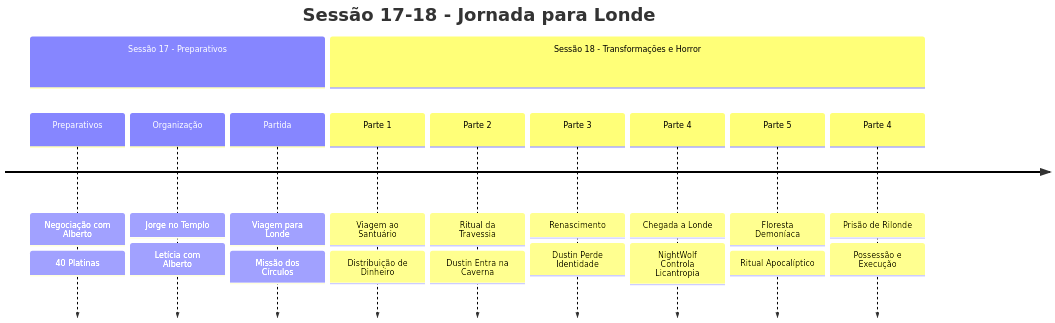
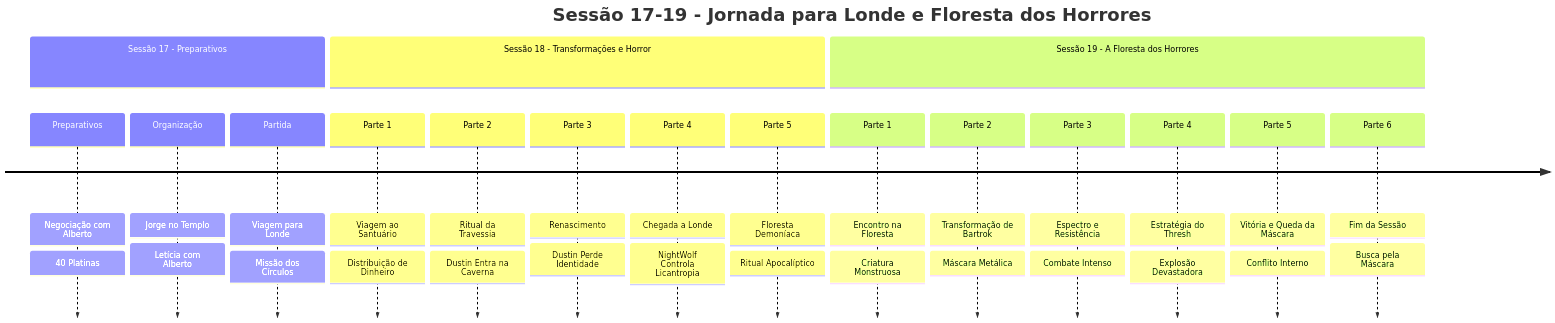
The fifth of 6 diagrams in source/content/Borel/Plots/index.md (fsimoes/obsidian-borel), drawn with Mermaid before and after one commit. The commit also changed other lines of this file and 18 other files, not shown here.

````diff
--- a/source/content/Borel/Plots/index.md
+++ b/source/content/Borel/Plots/index.md
@@ -121,16 +135,23 @@
 ```mermaid
 timeline
-    title Sessão 17-18 - Jornada para Londe
+    title Sessão 17-19 - Jornada para Londe e Floresta dos Horrores
     section Sessão 17 - Preparativos
         Preparativos : Negociação com Alberto : 40 Platinas
         Organização : Jorge no Templo : Letícia com Alberto
         Partida : Viagem para Londe : Missão dos Círculos
     
     section Sessão 18 - Transformações e Horror
         Parte 1 : Viagem ao Santuário : Distribuição de Dinheiro
         Parte 2 : Ritual da Travessia : Dustin Entra na Caverna
         Parte 3 : Renascimento : Dustin Perde Identidade
         Parte 4 : Chegada a Londe : NightWolf Controla Licantropia
         Parte 5 : Floresta Demoníaca : Ritual Apocalíptico
-        Parte 4 : Prisão de Rilonde : Possessão e Execução
+    
+    section Sessão 19 - A Floresta dos Horrores
+        Parte 1 : Encontro na Floresta : Criatura Monstruosa
+        Parte 2 : Transformação de Bartrok : Máscara Metálica
+        Parte 3 : Espectro e Resistência : Combate Intenso
+        Parte 4 : Estratégia do Thresh : Explosão Devastadora
+        Parte 5 : Vitória e Queda da Máscara : Conflito Interno
+        Parte 6 : Fim da Sessão : Busca pela Máscara
 ```
````
